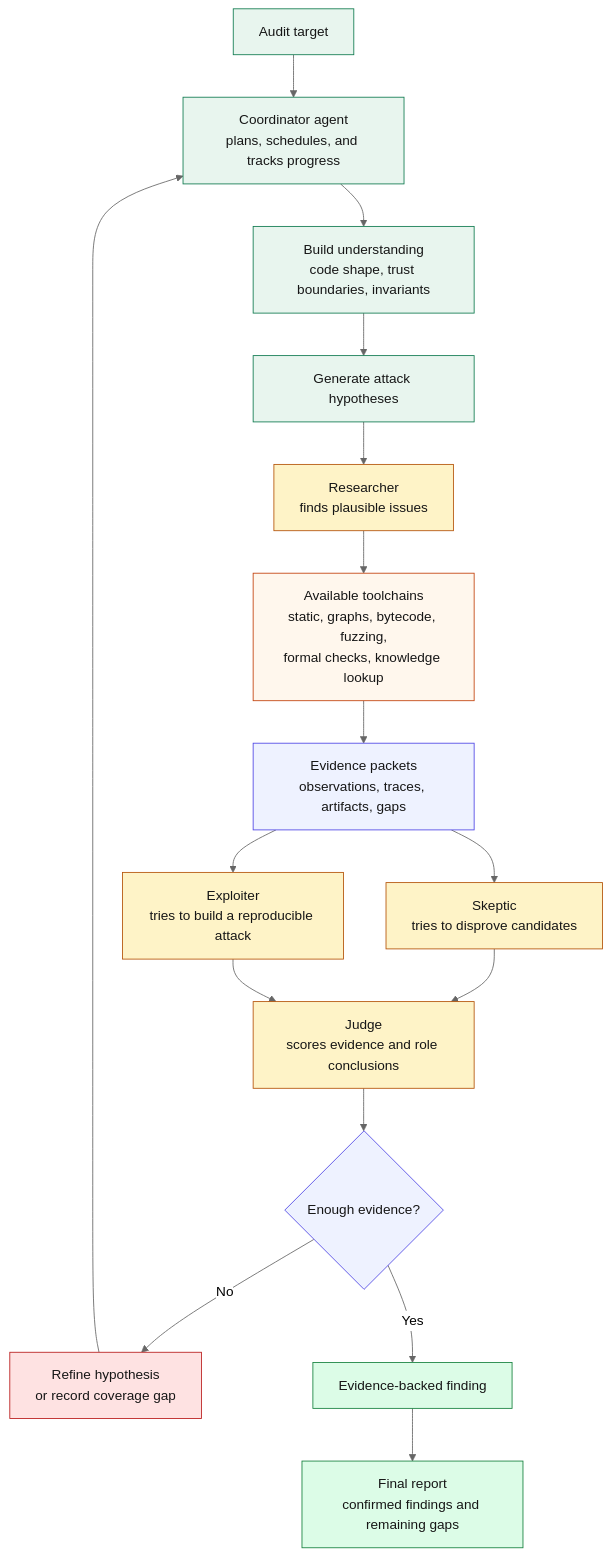
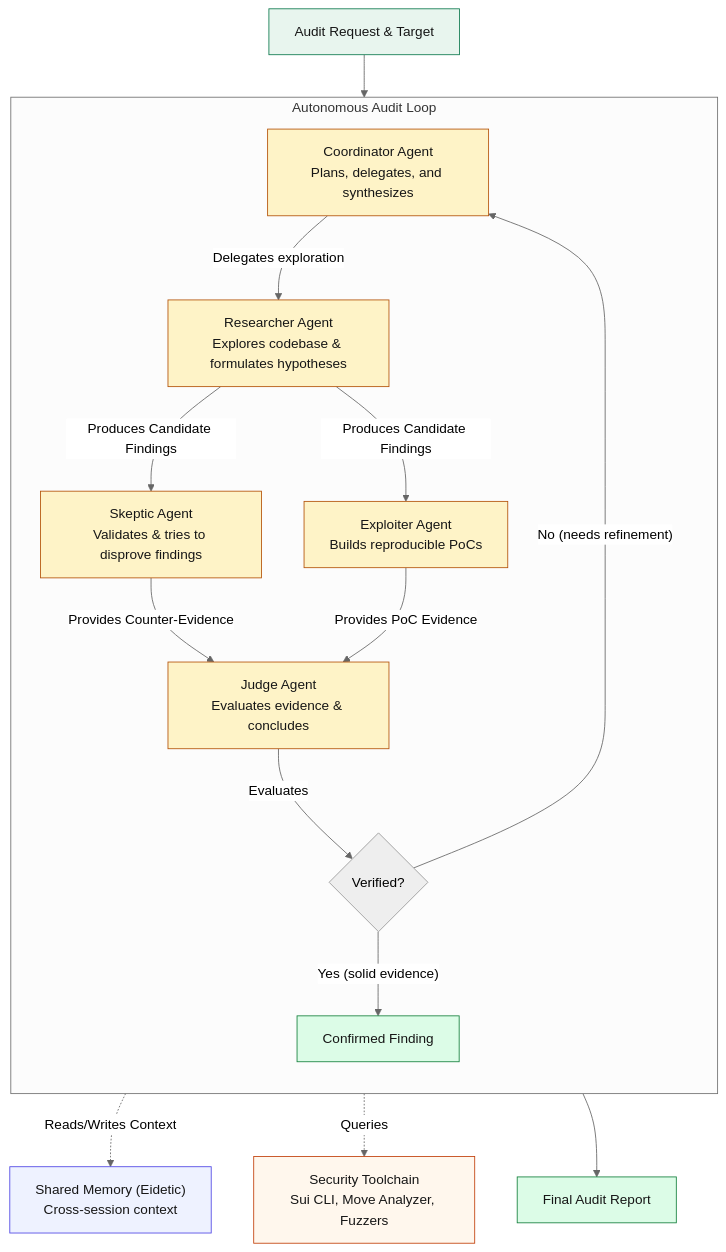
Before and after one commit to mcxross/peregrine: the diagram in README.md, drawn with Mermaid (neutral theme).

Commit message:
docs: update autonomous audit flow diagram

````diff
--- a/README.md
+++ b/README.md
@@ -55,28 +55,36 @@
 ```mermaid
 flowchart TD
     classDef core fill:#E8F5EE,stroke:#0F7A4F,color:#161616
     classDef agent fill:#FEF3C7,stroke:#B45309,color:#161616
     classDef tool fill:#FFF7ED,stroke:#C2410C,color:#161616
-    classDef evidence fill:#EEF2FF,stroke:#4F46E5,color:#161616
+    classDef memory fill:#EEF2FF,stroke:#4F46E5,color:#161616
     classDef report fill:#DCFCE7,stroke:#15803D,color:#161616
-    classDef gap fill:#FEE2E2,stroke:#B91C1C,color:#161616
 
-    Target["Audit target"]:::core --> Coordinator["Coordinator agent<br/>plans, schedules, and tracks progress"]:::core
-    Coordinator --> Understand["Build understanding<br/>code shape, trust boundaries, invariants"]:::core
-    Understand --> Hypotheses["Generate attack hypotheses"]:::core
+    Start["Audit Request & Target"]:::core --> Coordinator
 
-    Hypotheses --> Researcher["Researcher<br/>finds plausible issues"]:::agent
-    Researcher --> Tools["Available toolchains<br/>static, graphs, bytecode, fuzzing,<br/>formal checks, knowledge lookup"]:::tool
-    Tools --> Evidence["Evidence packets<br/>observations, traces, artifacts, gaps"]:::evidence
+    subgraph Agent Loop ["Autonomous Audit Loop"]
+        direction TB
+        Coordinator["Coordinator Agent<br/>Plans, delegates, and synthesizes"]:::agent
+        
+        Researcher["Researcher Agent<br/>Explores codebase & formulates hypotheses"]:::agent
+        Skeptic["Skeptic Agent<br/>Validates & tries to disprove findings"]:::agent
+        Exploiter["Exploiter Agent<br/>Builds reproducible PoCs"]:::agent
+        Judge["Judge Agent<br/>Evaluates evidence & concludes"]:::agent
 
-    Evidence --> Skeptic["Skeptic<br/>tries to disprove candidates"]:::agent
-    Evidence --> Exploiter["Exploiter<br/>tries to build a reproducible attack"]:::agent
-    Skeptic --> Judge["Judge<br/>scores evidence and role conclusions"]:::agent
-    Exploiter --> Judge
+        Coordinator -->|Delegates exploration| Researcher
+        Researcher -->|Produces Candidate Findings| Skeptic
+        Researcher -->|Produces Candidate Findings| Exploiter
+        
+        Skeptic -->|Provides Counter-Evidence| Judge
+        Exploiter -->|Provides PoC Evidence| Judge
+        
+        Judge -->|Evaluates| Decision{"Verified?"}
+        Decision -->|"No (needs refinement)"| Coordinator
+        Decision -->|"Yes (solid evidence)"| Finding["Confirmed Finding"]:::report
+    end
 
-    Judge --> Decision{"Enough evidence?"}:::evidence
-    Decision -->|"No"| FollowUp["Refine hypothesis<br/>or record coverage gap"]:::gap
-    FollowUp --> Coordinator
-    Decision -->|"Yes"| Finding["Evidence-backed finding"]:::report
-    Finding --> Report["Final report<br/>confirmed findings and remaining gaps"]:::report
+    Coordinator -.->|Reads/Writes Context| Memory["Shared Memory (Eidetic)<br/>Cross-session context"]:::memory
+    Researcher -.->|Queries| Tools["Security Toolchain<br/>Sui CLI, Move Analyzer, Fuzzers"]:::tool
+    
+    Finding --> FinalReport["Final Audit Report"]:::report
 ```
````
